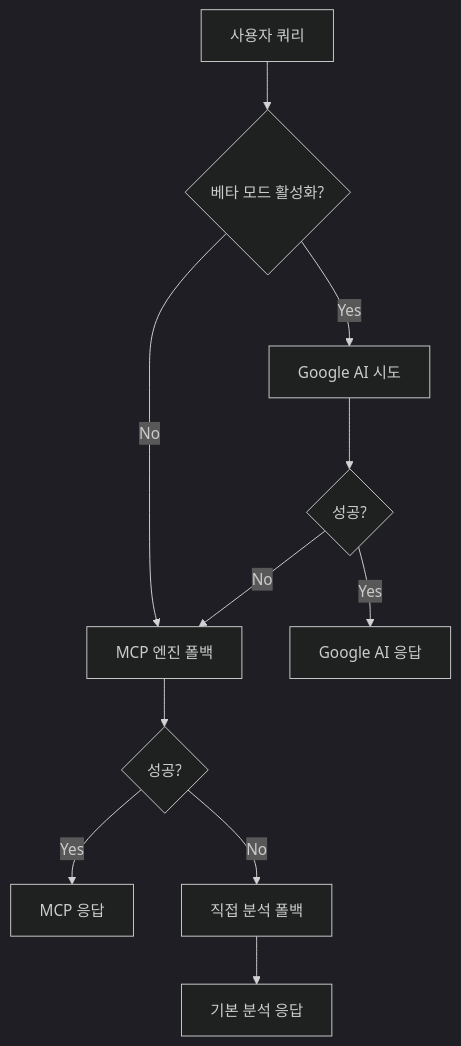
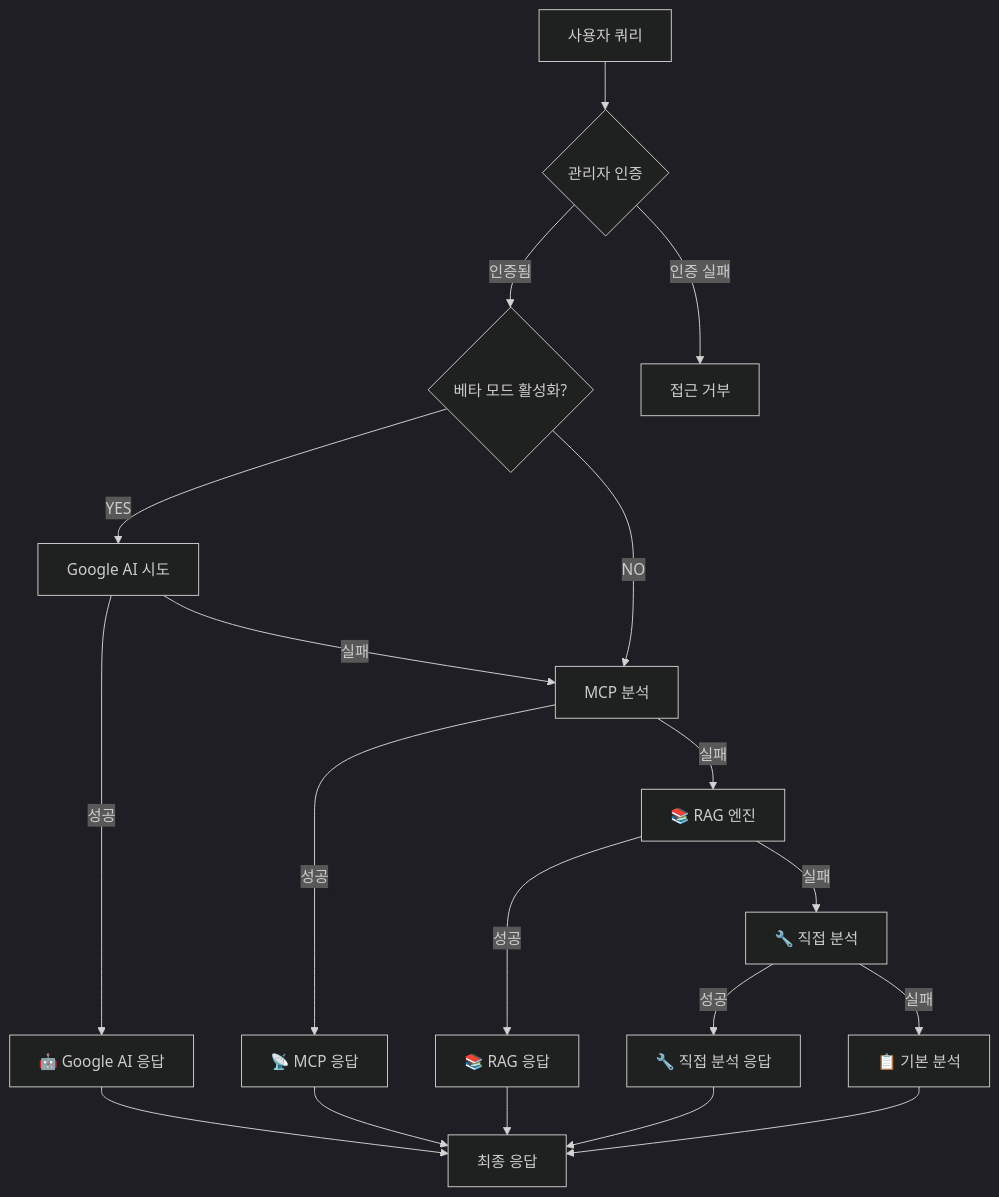
The diagram in docs/GOOGLE_AI_BETA_INTEGRATION_GUIDE.md (skyasu2/openmanager-vibe-v5), drawn with Mermaid (dark theme) before and after one commit. The commit also changed other lines of this file and 6 other files, not shown here.

Commit message:
feat: Enhanced Google AI with RAG fallback and admin security

````diff
--- a/docs/GOOGLE_AI_BETA_INTEGRATION_GUIDE.md
+++ b/docs/GOOGLE_AI_BETA_INTEGRATION_GUIDE.md
@@ -83,16 +27,26 @@
 ```mermaid
 graph TD
-    A[사용자 쿼리] --> B{베타 모드 활성화?}
-    B -->|Yes| C[Google AI 시도]
-    B -->|No| E[MCP 엔진]
+    A[사용자 쿼리] --> B{관리자 인증}
+    B -->|인증됨| C{베타 모드 활성화?}
+    B -->|인증 실패| Z[접근 거부]
+    C -->|YES| D[Google AI 시도]
+    C -->|NO| E[MCP 분석]
 
-    C --> D{성공?}
-    D -->|Yes| F[Google AI 응답]
-    D -->|No| E[MCP 엔진 폴백]
+    D -->|성공| F[🤖 Google AI 응답]
+    D -->|실패| E[MCP 분석]
 
-    E --> G{성공?}
-    G -->|Yes| H[MCP 응답]
-    G -->|No| I[직접 분석 폴백]
+    E -->|성공| G[📡 MCP 응답]
+    E -->|실패| H[📚 RAG 엔진]
 
-    I --> J[기본 분석 응답]
+    H -->|성공| I[📚 RAG 응답]
+    H -->|실패| J[🔧 직접 분석]
+
+    J -->|성공| K[🔧 직접 분석 응답]
+    J -->|실패| L[📋 기본 분석]
+
+    F --> M[최종 응답]
+    G --> M
+    I --> M
+    K --> M
+    L --> M
 ```
````
